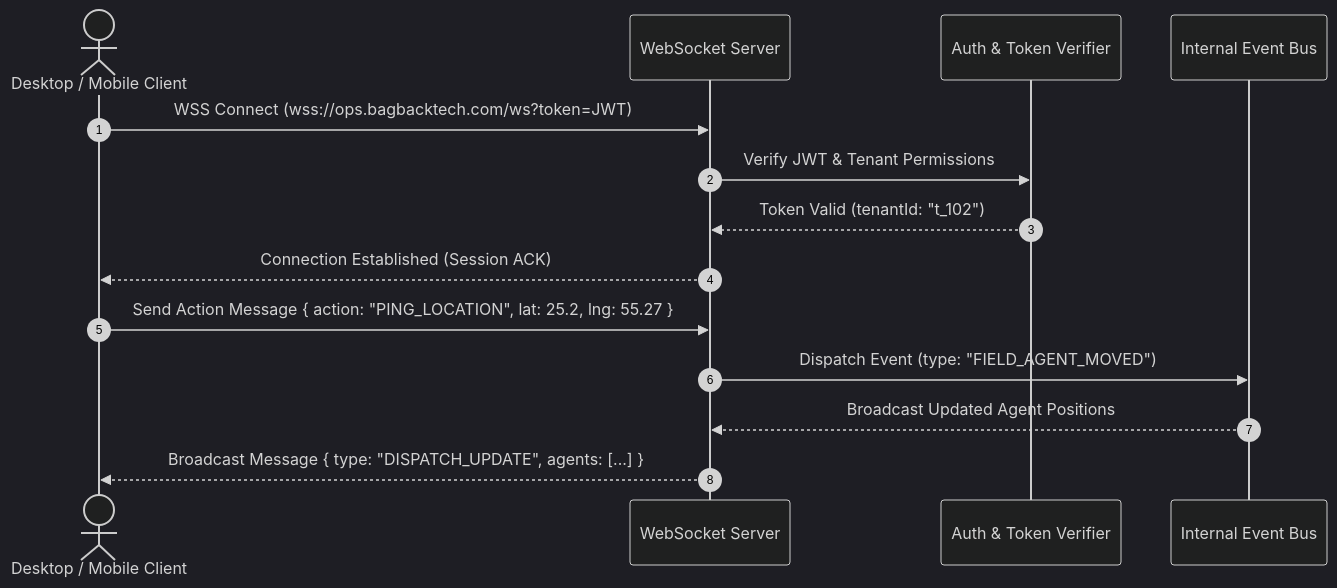
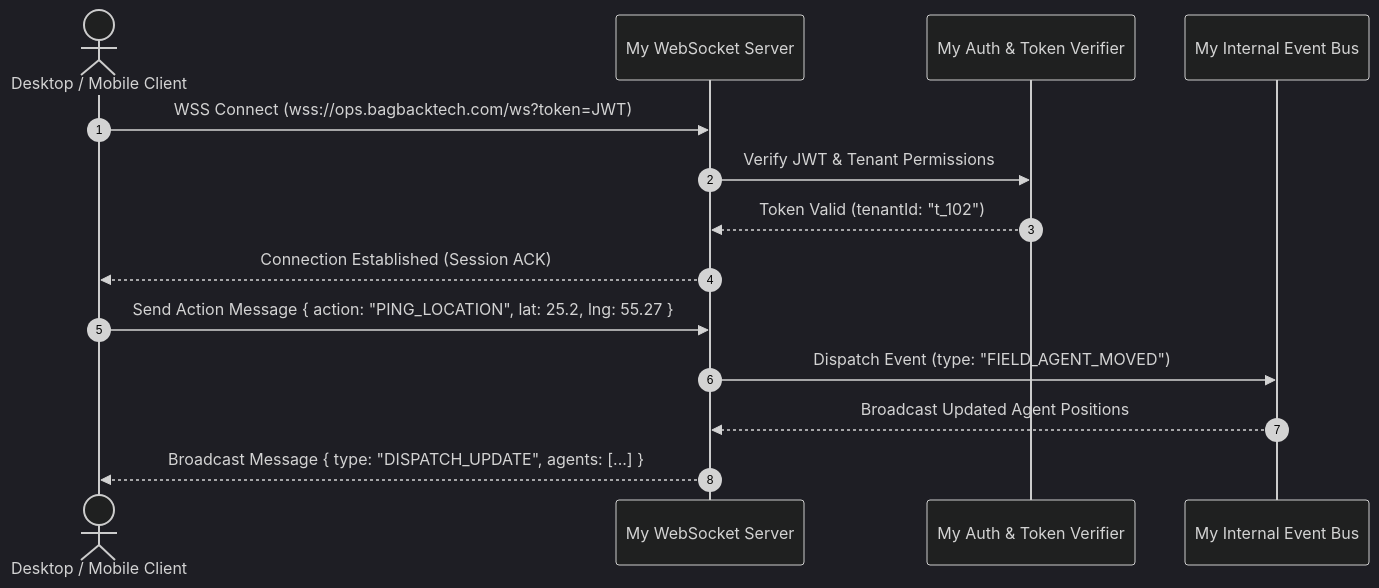
The third of 3 diagrams in .github/wiki/Data-Flow-and-Sequence.md (mohamedosamaai/mohamedosamaai), drawn with Mermaid (dark theme) before and after one commit. The commit also changed other lines of this file and 12 other files, not shown here.

````diff
--- a/.github/wiki/Data-Flow-and-Sequence.md
+++ b/.github/wiki/Data-Flow-and-Sequence.md
@@ -79,18 +76,18 @@
 ```mermaid
 sequenceDiagram
     autonumber
     actor Client as Desktop / Mobile Client
-    participant WSS as WebSocket Server
-    participant Auth as Auth & Token Verifier
-    participant Bus as Internal Event Bus
+    participant WSS as My WebSocket Server
+    participant Auth as My Auth & Token Verifier
+    participant Bus as My Internal Event Bus
 
     Client->>WSS: WSS Connect (wss://ops.bagbacktech.com/ws?token=JWT)
     WSS->>Auth: Verify JWT & Tenant Permissions
     Auth-->>WSS: Token Valid (tenantId: "t_102")
     WSS-->>Client: Connection Established (Session ACK)
 
     Client->>WSS: Send Action Message { action: "PING_LOCATION", lat: 25.2, lng: 55.27 }
     WSS->>Bus: Dispatch Event (type: "FIELD_AGENT_MOVED")
     Bus-->>WSS: Broadcast Updated Agent Positions
     WSS-->>Client: Broadcast Message { type: "DISPATCH_UPDATE", agents: [...] }
 ```
````
